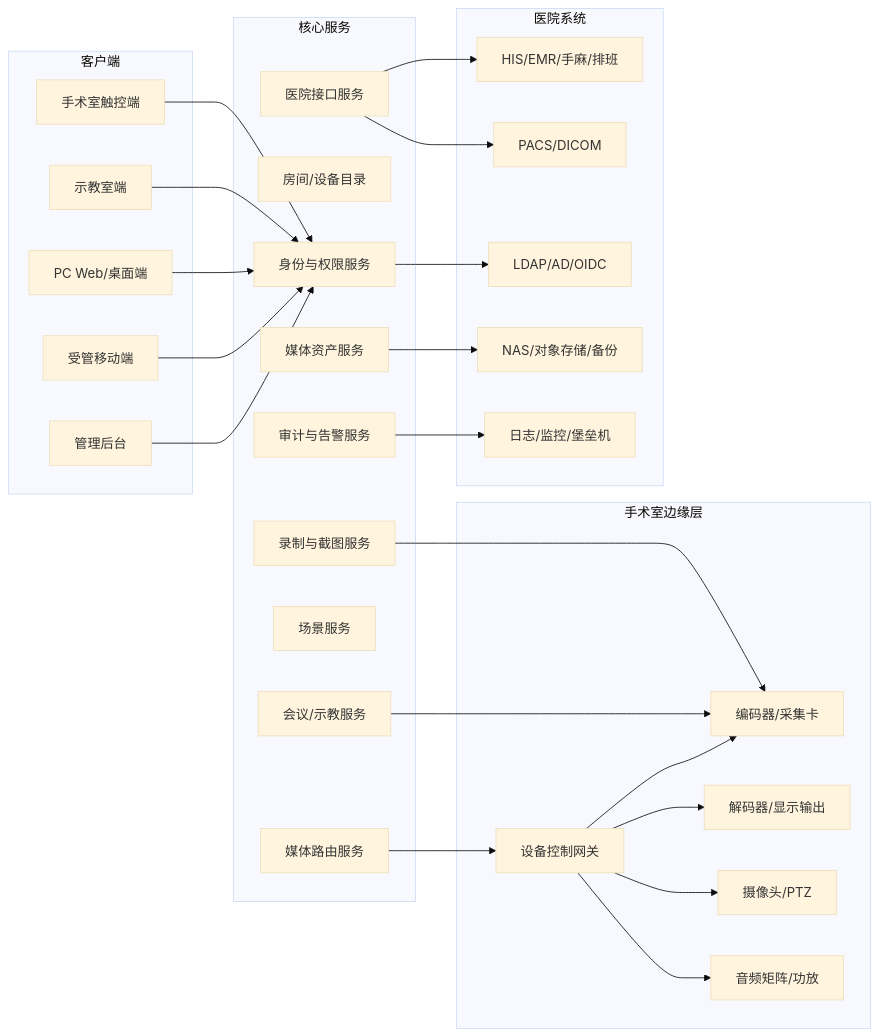
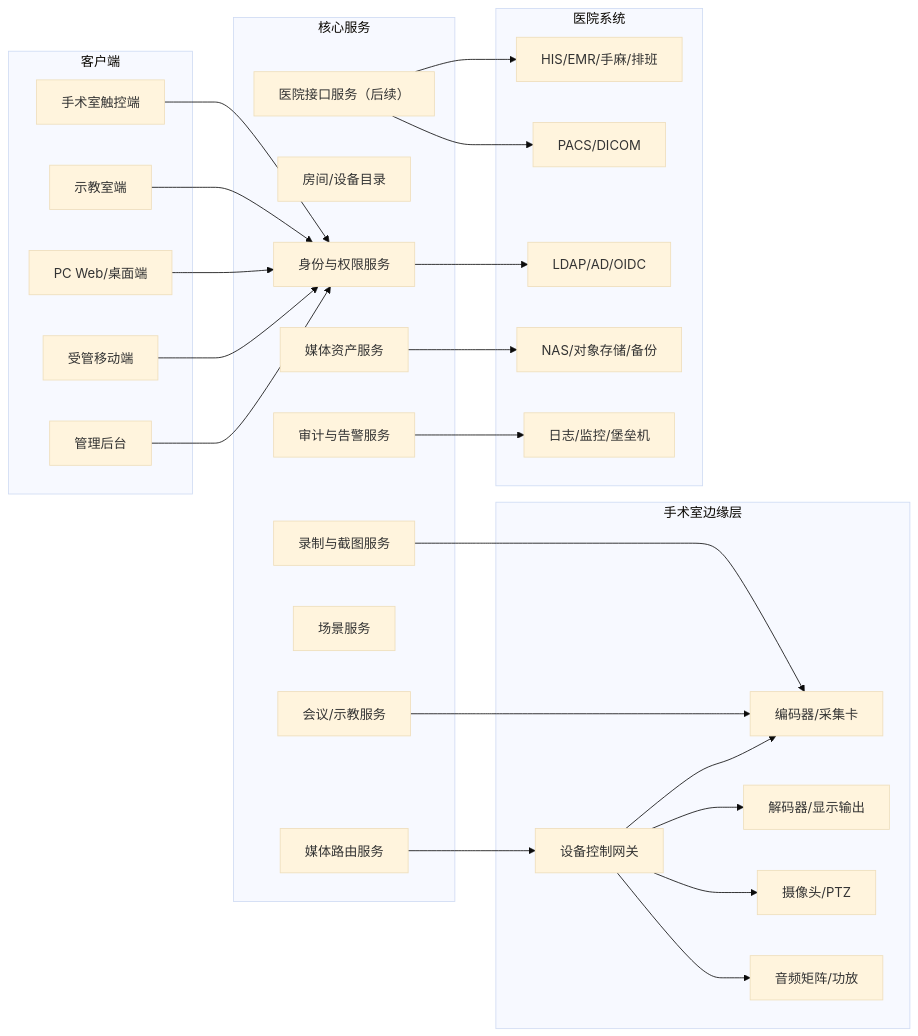
Before and after one commit to ticopapa327-dot/or-media-console-planning-kit: the diagram in docs/prelaunch/04_系统架构与接口设计.md, drawn with Mermaid (base theme). The commit also changed other lines of this file and 15 other files, not shown here.

````diff
--- a/docs/prelaunch/04_系统架构与接口设计.md
+++ b/docs/prelaunch/04_系统架构与接口设计.md
@@ -13,56 +13,56 @@
 ```mermaid
 flowchart LR
   subgraph Clients["客户端"]
     ORTouch["手术室触控端"]
     Teach["示教室端"]
     PC["PC Web/桌面端"]
     Mobile["受管移动端"]
     Admin["管理后台"]
   end
 
   subgraph Core["核心服务"]
     Auth["身份与权限服务"]
     Room["房间/设备目录"]
     Route["媒体路由服务"]
     Capture["录制与截图服务"]
     Conf["会议/示教服务"]
     Asset["媒体资产服务"]
     Scene["场景服务"]
     Audit["审计与告警服务"]
-    Integration["医院接口服务"]
+    Integration["医院接口服务（后续）"]
   end
 
   subgraph Edge["手术室边缘层"]
     Encoder["编码器/采集卡"]
     Decoder["解码器/显示输出"]
     PTZ["摄像头/PTZ"]
     Audio["音频矩阵/功放"]
     Controller["设备控制网关"]
   end
 
   subgraph Hospital["医院系统"]
     HIS["HIS/EMR/手麻/排班"]
     PACS["PACS/DICOM"]
     IAM["LDAP/AD/OIDC"]
     Storage["NAS/对象存储/备份"]
     Monitor["日志/监控/堡垒机"]
   end
 
   ORTouch --> Auth
   Teach --> Auth
   PC --> Auth
   Mobile --> Auth
   Admin --> Auth
   Auth --> IAM
   Route --> Controller
   Capture --> Encoder
   Conf --> Encoder
   Asset --> Storage
   Integration --> HIS
   Integration --> PACS
   Audit --> Monitor
   Controller --> Encoder
   Controller --> Decoder
   Controller --> PTZ
   Controller --> Audio
 ```
````
